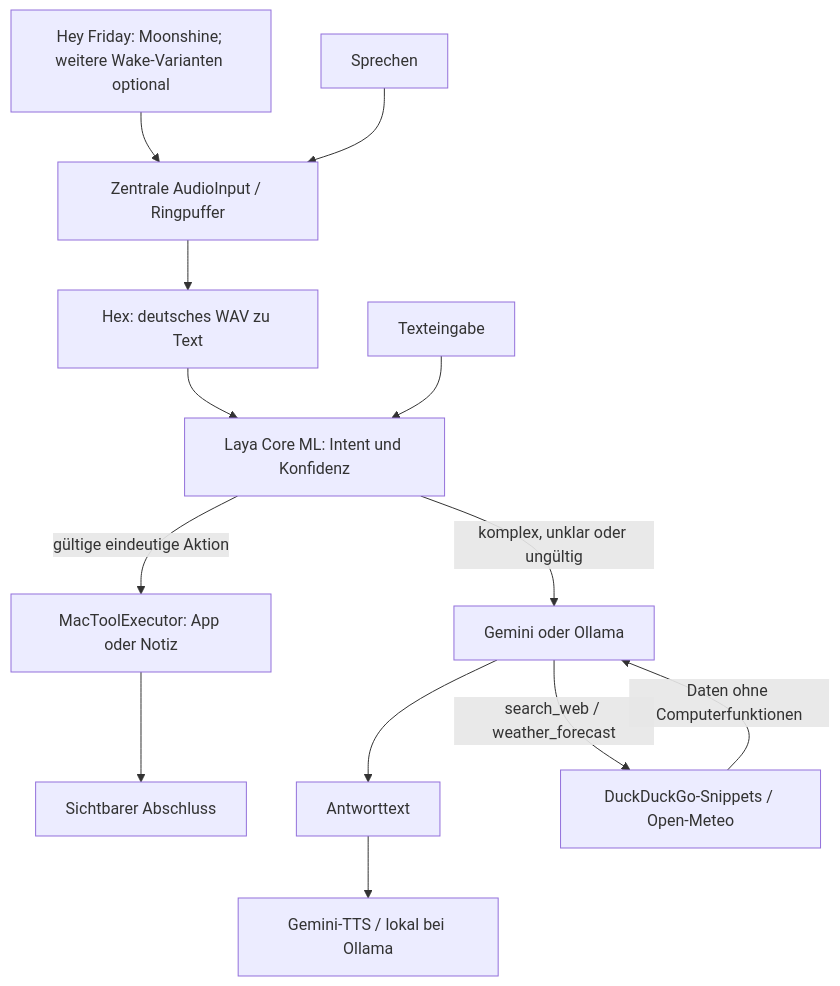
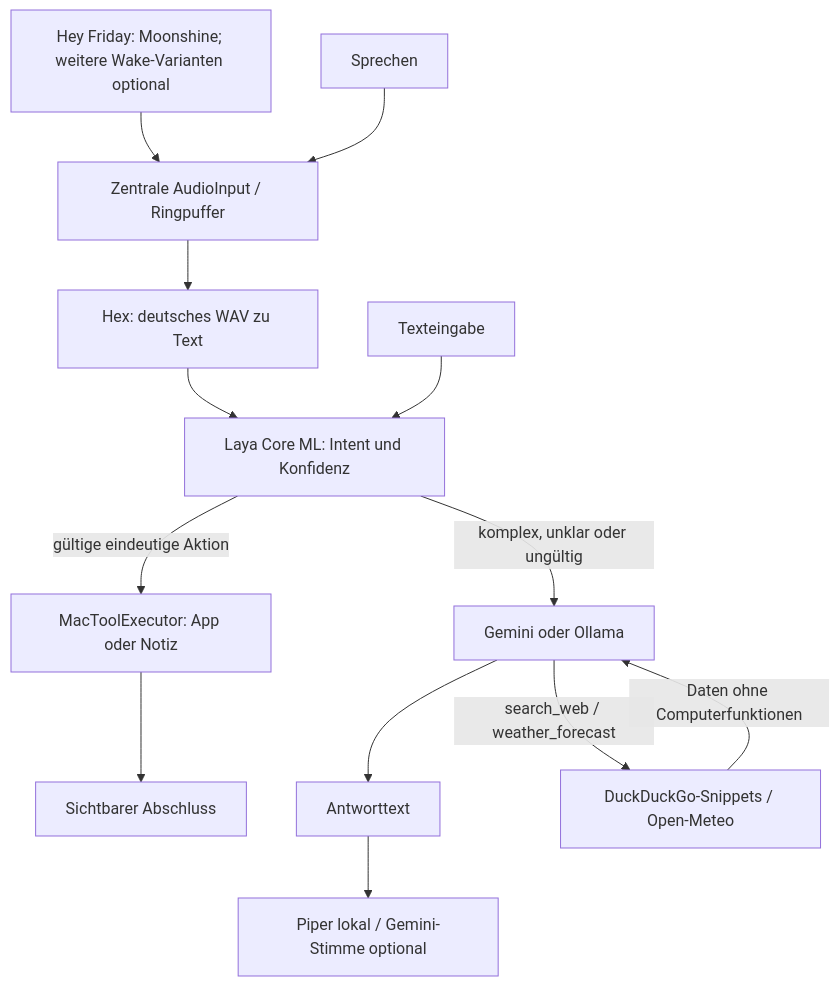
Before and after one commit to Taanel/hackday-2026-10-04: the diagram in docs/architecture.md, drawn with Mermaid. The commit also changed other lines of this file and 29 other files, not shown here.

````diff
--- a/docs/architecture.md
+++ b/docs/architecture.md
@@ -6,15 +6,15 @@
 ```mermaid
 flowchart TD
     Wake[Hey Friday: Moonshine; weitere Wake-Varianten optional] --> Capture[Zentrale AudioInput / Ringpuffer]
     Button[Sprechen] --> Capture
     Capture --> Hex[Hex: deutsches WAV zu Text]
     Hex --> Laya[Laya Core ML: Intent und Konfidenz]
     Text[Texteingabe] --> Laya
     Laya -->|gültige eindeutige Aktion| Tools[MacToolExecutor: App oder Notiz]
     Laya -->|komplex, unklar oder ungültig| LLM[Gemini oder Ollama]
     Tools --> Done[Sichtbarer Abschluss]
     LLM --> Reply[Antworttext]
     LLM -->|search_web / weather_forecast| Research[DuckDuckGo-Snippets / Open-Meteo]
     Research -->|Daten ohne Computerfunktionen| LLM
-    Reply --> TTS[Gemini-TTS / lokal bei Ollama]
+    Reply --> TTS[Piper lokal / Gemini-Stimme optional]
 ```
````
